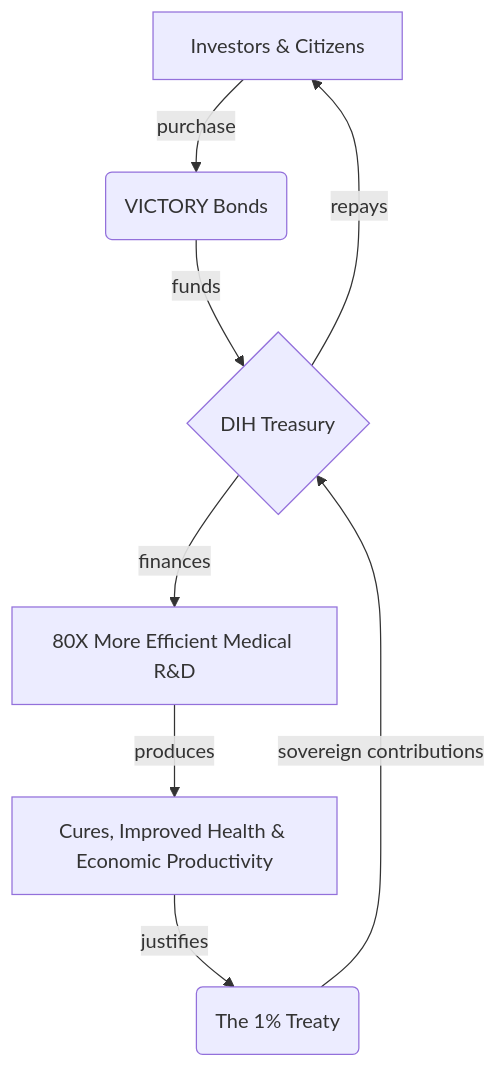
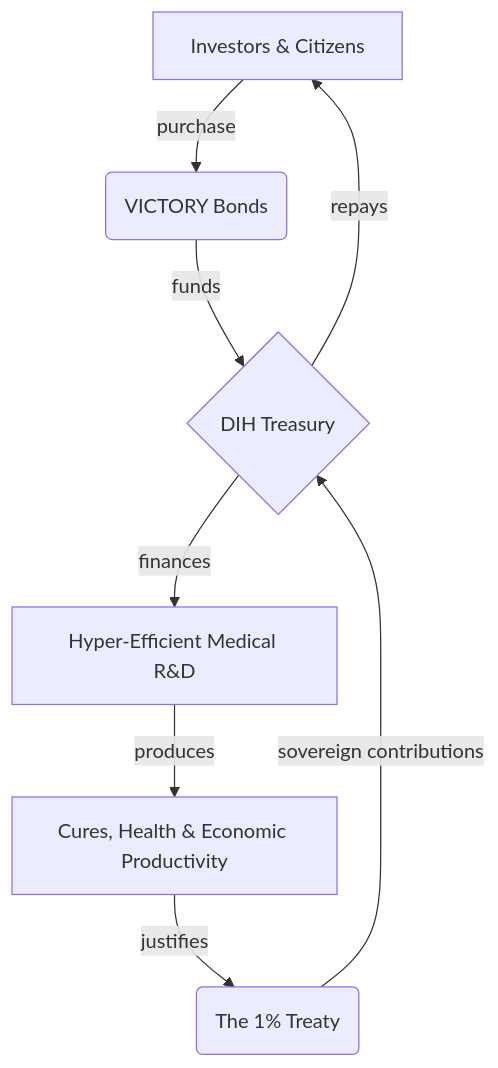
One commit to mikepsinn/disease-eradication-plan changed the diagram in economics.md. Above: the diagram before and after it, drawn with Mermaid. The commit also changed other lines of this file, not shown here.

Commit message:
feat: update economics.md to reflect the transition to Chapter 4, enhancing the financial model with detailed insights on the 1% Treaty, VICTORY Bonds, and the projected societal benefits; include new sections on investment strategies and a deeper exploration of the economic model

````diff
--- a/economics.md
+++ b/economics.md
@@ -44,10 +46,10 @@
 ```mermaid
 graph TD
     A[Investors & Citizens] -- purchase --> B(VICTORY Bonds);
     B -- funds --> C{DIH Treasury};
-    C -- finances --> D[80X More Efficient Medical R&D];
-    D -- produces --> E[Cures, Improved Health & Economic Productivity];
+    C -- finances --> D[Hyper-Efficient Medical R&D];
+    D -- produces --> E[Cures, Health & Economic Productivity];
     E -- justifies --> F(The 1% Treaty);
     F -- sovereign contributions --> C;
     C -- repays --> A;
 ```
````
